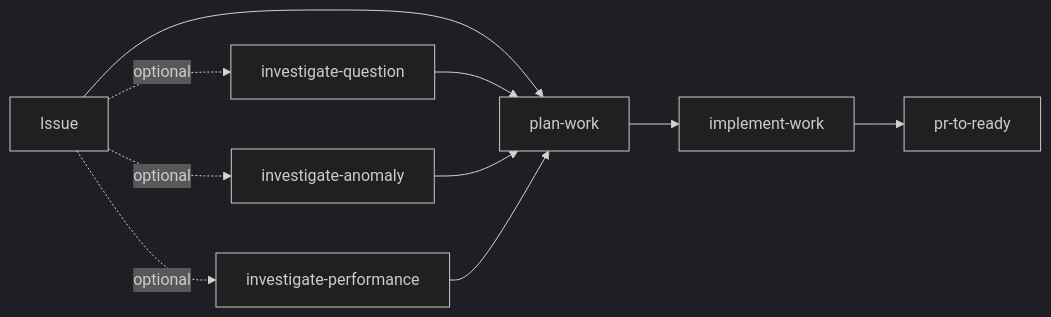
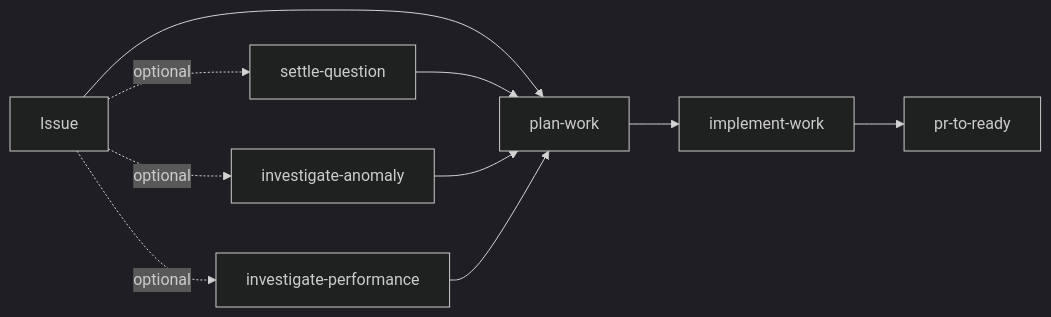
Before and after one commit to yowcow/dude: the diagram in README.md, drawn with Mermaid (dark theme). The commit also changed other lines of this file and 4 other files, not shown here.

First line of the commit message:
Rename investigate-question to settle-question

````diff
--- a/README.md
+++ b/README.md
@@ -121,16 +121,16 @@
 ```mermaid
 flowchart LR
     issue[Issue]
-    invq[investigate-question]
+    invq[settle-question]
     inva[investigate-anomaly]
     invp[investigate-performance]
     plan[plan-work]
     impl[implement-work]
     pr[pr-to-ready]
 
     issue --> plan
     issue -. optional .-> invq --> plan
     issue -. optional .-> inva --> plan
     issue -. optional .-> invp --> plan
     plan --> impl --> pr
 ```
````
